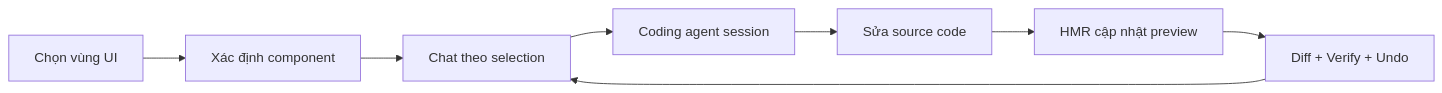
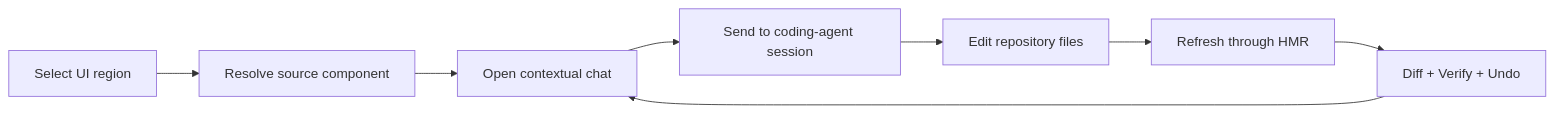
The first of 2 diagrams in README.md (TQCuong241/PatchLens-AI), drawn with Mermaid before and after one commit. The commit also changed other lines of this file and 35 other files, not shown here.

````diff
--- a/README.md
+++ b/README.md
@@ -83,10 +88,10 @@
 ```mermaid
 flowchart LR
-    A["Chọn vùng UI"] --> B["Xác định component"]
-    B --> C["Chat theo selection"]
-    C --> D["Coding agent session"]
-    D --> E["Sửa source code"]
-    E --> F["HMR cập nhật preview"]
+    A["Select UI region"] --> B["Resolve source component"]
+    B --> C["Open contextual chat"]
+    C --> D["Send to coding-agent session"]
+    D --> E["Edit repository files"]
+    E --> F["Refresh through HMR"]
     F --> G["Diff + Verify + Undo"]
     G --> C
 ```
````
